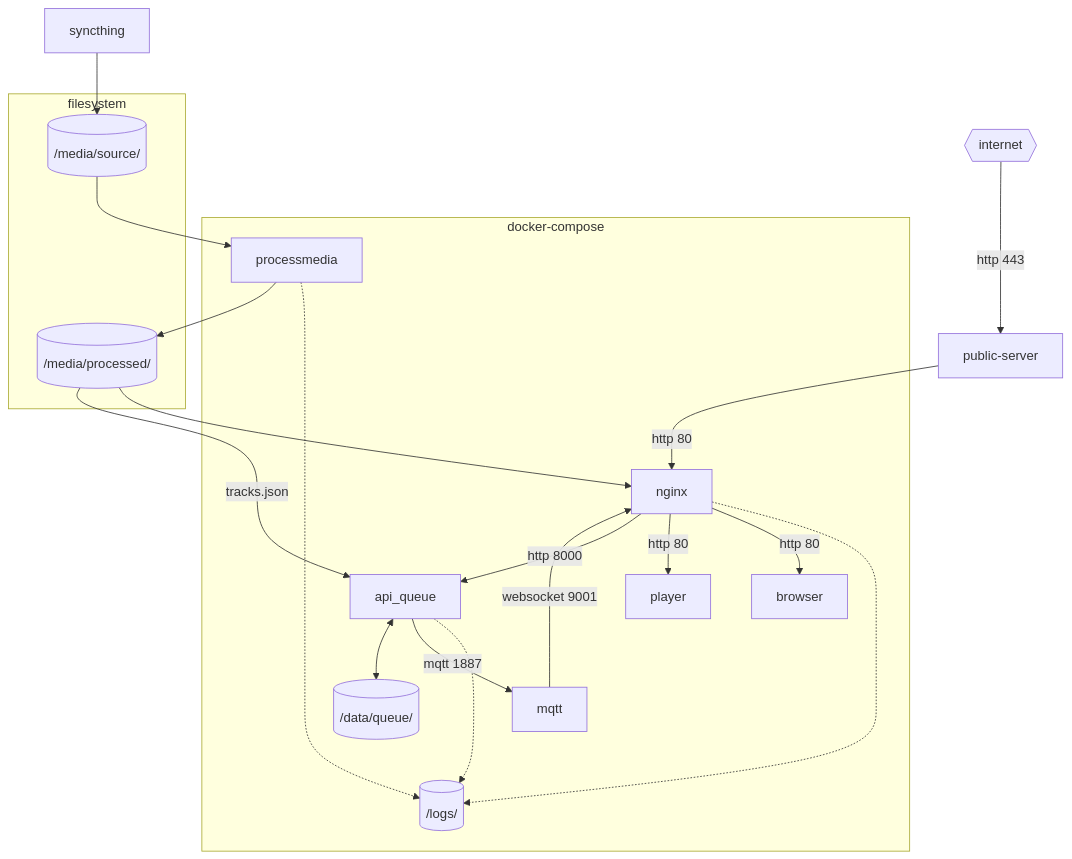
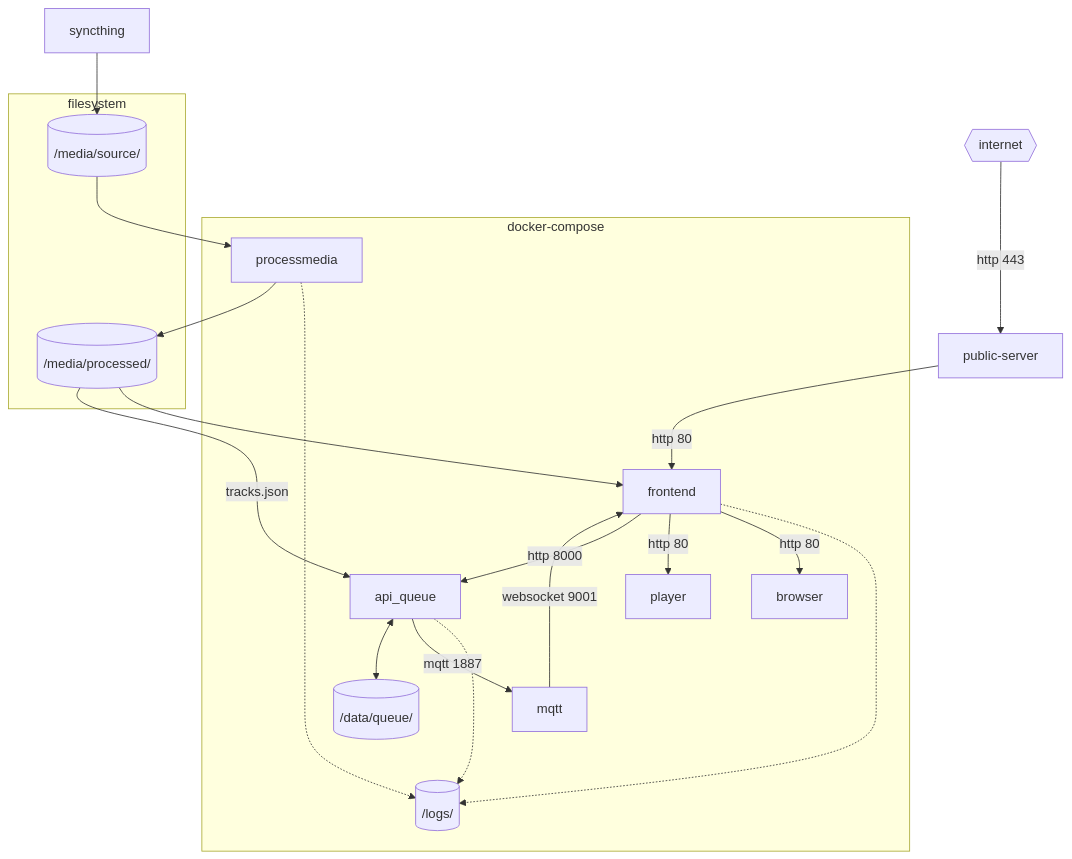
Before and after one commit to calaldees/KaraKara: the diagram in README.md, drawn with Mermaid. The commit also changed other lines of this file and 5 other files, not shown here.

````diff
--- a/README.md
+++ b/README.md
@@ -86,39 +86,39 @@
 ```mermaid
 graph TD
     internet{{internet}}
-    internet -- http 443 ---> public-server --http 80--> nginx
+    internet -- http 443 ---> public-server --http 80--> frontend
 
     subgraph docker-compose [docker-compose]
-        nginx
+        frontend
         mqtt
         processmedia
         browser
         player
         api_queue
 
         logs[(/logs/)]
-        nginx ..-> logs
+        frontend ..-> logs
         processmedia ..-> logs
         api_queue ..-> logs
 
         /data/queue/[(/data/queue/)]
 
-        nginx -- http 80 --> browser
-        nginx -- http 80 --> player
-        nginx -- http 8000 --> api_queue
+        frontend -- http 80 --> browser
+        frontend -- http 80 --> player
+        frontend -- http 8000 --> api_queue
         api_queue --mqtt 1887--> mqtt
         api_queue <--> /data/queue/
-        mqtt -- websocket 9001 --> nginx
+        mqtt -- websocket 9001 --> frontend
     end
 
     syncthing --> /media/source/
 
     subgraph filesystem
         /media/source/[(/media/source/)]
         /media/processed/[(/media/processed/)]
     end
 
-    /media/processed/ --> nginx
+    /media/processed/ --> frontend
     /media/processed/ -- tracks.json --> api_queue
     /media/source/ --> processmedia --> /media/processed/
 ```
````
